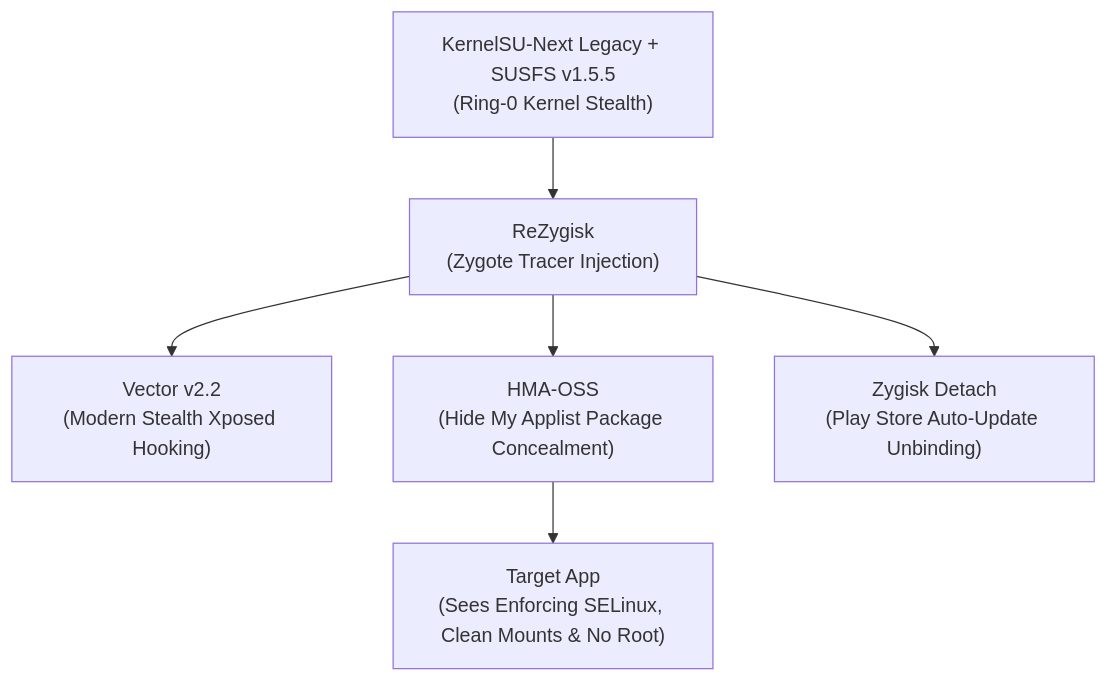
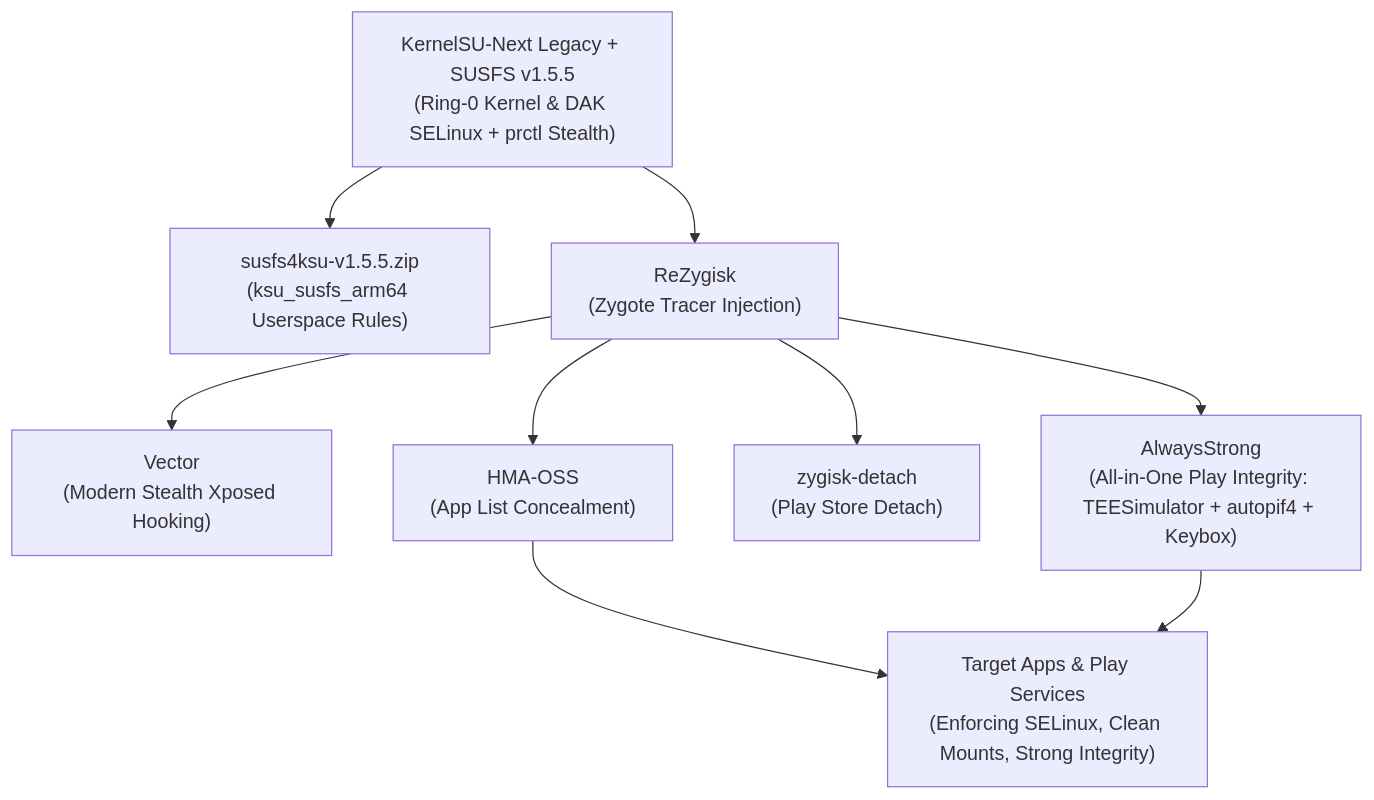
The diagram in docs/USER_GUIDE.md (rebeeh/A21s-KernelSU-Next), drawn with Mermaid before and after one commit. The commit also changed other lines of this file and 10 other files, not shown here.

````diff
--- a/docs/USER_GUIDE.md
+++ b/docs/USER_GUIDE.md
@@ -190,8 +146,10 @@
 ```mermaid
 flowchart TD
-    KSU["KernelSU-Next Legacy + SUSFS v1.5.5<br/>(Ring-0 Kernel Stealth)"] --> RZ["ReZygisk<br/>(Zygote Tracer Injection)"]
-    RZ --> VEC["Vector v2.2<br/>(Modern Stealth Xposed Hooking)"]
-    RZ --> HMA["HMA-OSS<br/>(Hide My Applist Package Concealment)"]
-    RZ --> DET["Zygisk Detach<br/>(Play Store Auto-Update Unbinding)"]
-    HMA --> APP["Target App<br/>(Sees Enforcing SELinux, Clean Mounts & No Root)"]
+    KSU["KernelSU-Next Legacy + SUSFS v1.5.5<br/>(Ring-0 Kernel & DAK SELinux + prctl Stealth)"] --> MOD["susfs4ksu-v1.5.5.zip<br/>(ksu_susfs_arm64 Userspace Rules)"]
+    KSU --> RZ["ReZygisk<br/>(Zygote Tracer Injection)"]
+    RZ --> VEC["Vector<br/>(Modern Stealth Xposed Hooking)"]
+    RZ --> HMA["HMA-OSS<br/>(App List Concealment)"]
+    RZ --> DET["zygisk-detach<br/>(Play Store Detach)"]
+    RZ --> AS["AlwaysStrong<br/>(All-in-One Play Integrity: TEESimulator + autopif4 + Keybox)"]
+    HMA & AS --> APP["Target Apps & Play Services<br/>(Enforcing SELinux, Clean Mounts, Strong Integrity)"]
 ```
````
